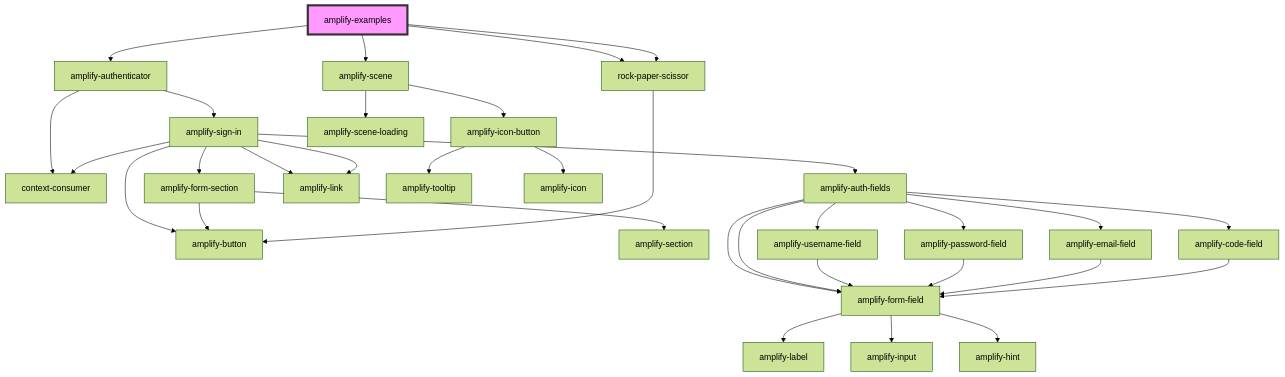
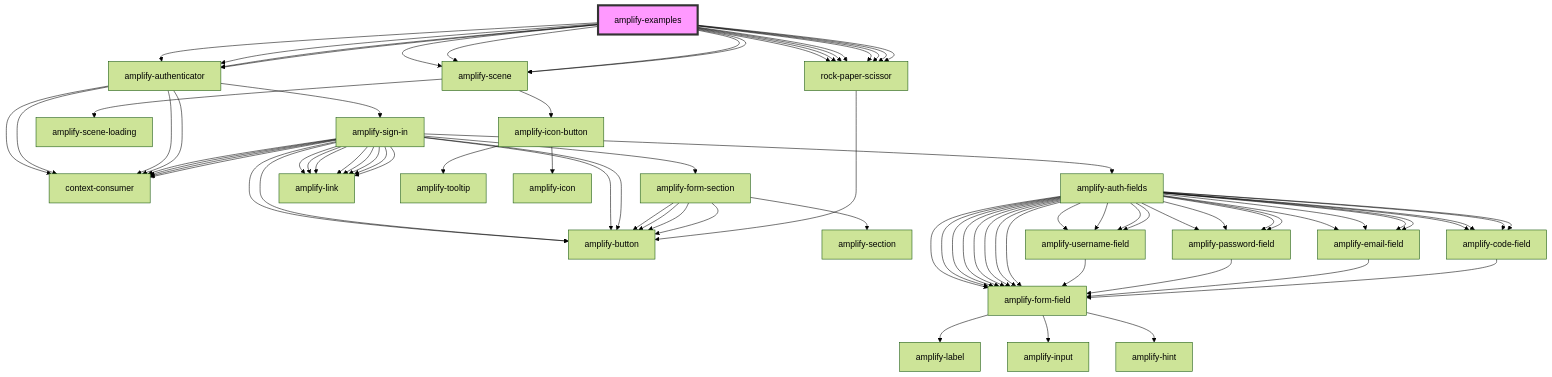
One commit to aws-amplify/amplify-js changed the diagram in packages/amplify-ui-components/src/components/amplify-examples/readme.md. Above: the diagram before and after it, drawn with Mermaid (forest theme). The commit also changed other lines of this file and 35 other files, not shown here.

Commit message:
feat: amplify-sign-in component, authState refactor

```diff
--- a/packages/amplify-ui-components/src/components/amplify-examples/readme.md
+++ b/packages/amplify-ui-components/src/components/amplify-examples/readme.md
@@ -19,7 +31,22 @@
   amplify-examples --> rock-paper-scissor
   amplify-examples --> rock-paper-scissor
   amplify-examples --> amplify-scene
+  amplify-examples --> amplify-authenticator
+  amplify-examples --> rock-paper-scissor
+  amplify-examples --> rock-paper-scissor
+  amplify-examples --> amplify-scene
+  amplify-examples --> amplify-authenticator
+  amplify-examples --> rock-paper-scissor
+  amplify-examples --> rock-paper-scissor
+  amplify-examples --> amplify-scene
+  amplify-examples --> amplify-authenticator
+  amplify-examples --> rock-paper-scissor
+  amplify-examples --> rock-paper-scissor
+  amplify-examples --> amplify-scene
   amplify-authenticator --> amplify-sign-in
+  amplify-authenticator --> context-consumer
+  amplify-authenticator --> context-consumer
+  amplify-authenticator --> context-consumer
   amplify-authenticator --> context-consumer
   amplify-sign-in --> amplify-form-section
   amplify-sign-in --> amplify-auth-fields
@@ -27,8 +54,41 @@
   amplify-sign-in --> context-consumer
   amplify-sign-in --> amplify-link
   amplify-sign-in --> amplify-button
+  amplify-sign-in --> amplify-link
+  amplify-sign-in --> context-consumer
+  amplify-sign-in --> amplify-link
+  amplify-sign-in --> amplify-button
+  amplify-sign-in --> amplify-link
+  amplify-sign-in --> context-consumer
+  amplify-sign-in --> amplify-link
+  amplify-sign-in --> amplify-button
+  amplify-sign-in --> amplify-link
+  amplify-sign-in --> context-consumer
+  amplify-sign-in --> amplify-link
+  amplify-sign-in --> amplify-button
   amplify-form-section --> amplify-section
   amplify-form-section --> amplify-button
+  amplify-form-section --> amplify-button
+  amplify-form-section --> amplify-button
+  amplify-form-section --> amplify-button
+  amplify-auth-fields --> amplify-username-field
+  amplify-auth-fields --> amplify-password-field
+  amplify-auth-fields --> amplify-email-field
+  amplify-auth-fields --> amplify-code-field
+  amplify-auth-fields --> amplify-form-field
+  amplify-auth-fields --> amplify-form-field
+  amplify-auth-fields --> amplify-username-field
+  amplify-auth-fields --> amplify-password-field
+  amplify-auth-fields --> amplify-email-field
+  amplify-auth-fields --> amplify-code-field
+  amplify-auth-fields --> amplify-form-field
+  amplify-auth-fields --> amplify-form-field
+  amplify-auth-fields --> amplify-username-field
+  amplify-auth-fields --> amplify-password-field
+  amplify-auth-fields --> amplify-email-field
+  amplify-auth-fields --> amplify-code-field
+  amplify-auth-fields --> amplify-form-field
+  amplify-auth-fields --> amplify-form-field
   amplify-auth-fields --> amplify-username-field
   amplify-auth-fields --> amplify-password-field
   amplify-auth-fields --> amplify-email-field
```
